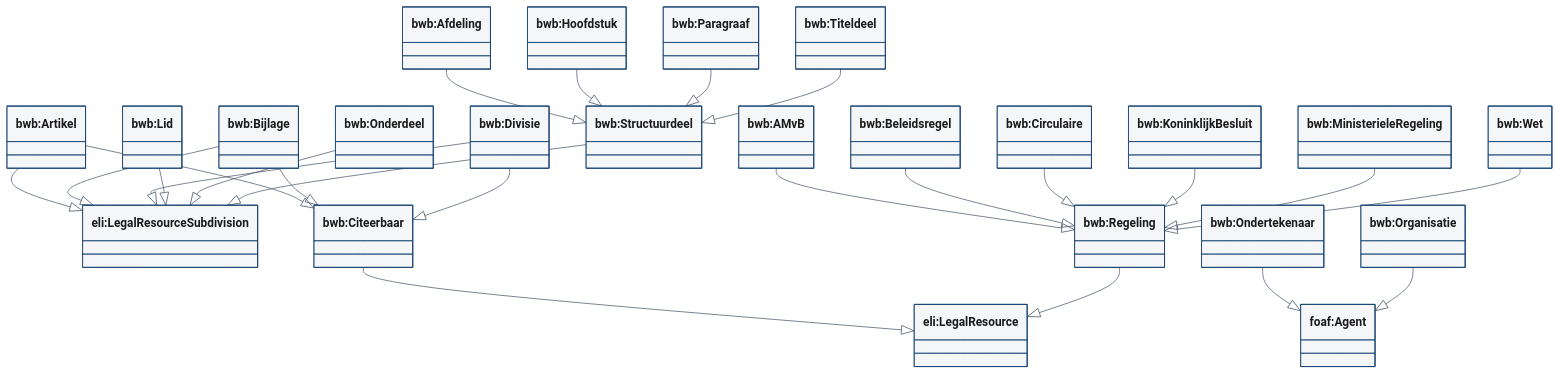
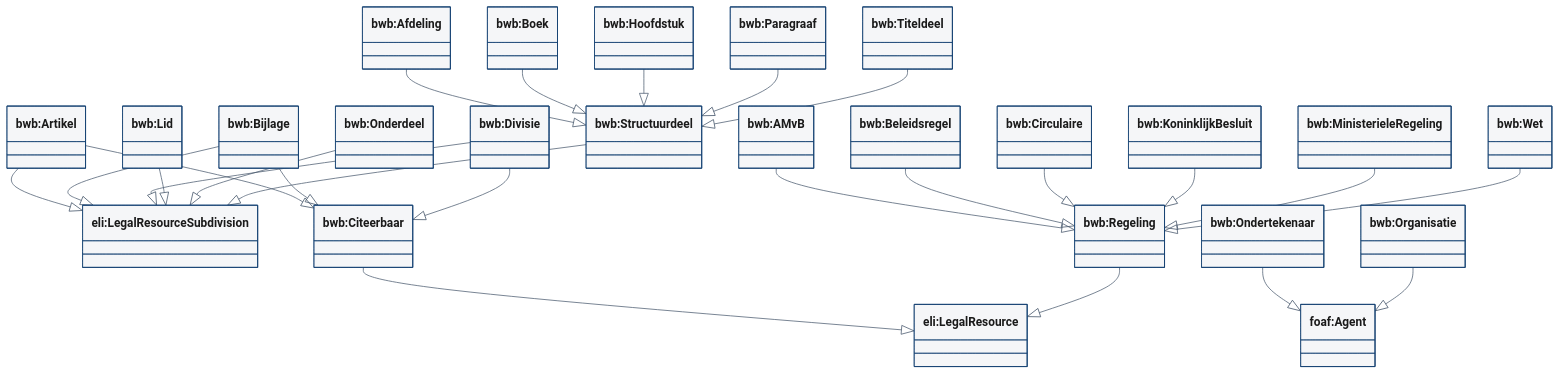
The second of 6 diagrams in docs/ontologie/README.md (palmw01/wetsanalyse-ai), drawn with Mermaid before and after one commit. The commit also changed other lines of this file and 4 other files, not shown here.

Commit message:
Ontologie bwb 1.1.0: Boek en structuurdelen zonder nummer, documentatie opnieuw gegenereerd

````diff
--- a/docs/ontologie/README.md
+++ b/docs/ontologie/README.md
@@ -68,51 +68,53 @@
 ```mermaid
 %%{init: {"theme": "base", "themeVariables": {"primaryColor": "#F5F6F8", "primaryBorderColor": "#154273", "primaryTextColor": "#1A1A1A", "lineColor": "#4A5A6E", "secondaryColor": "#EDF0F4", "tertiaryColor": "#FFFFFF"}}}%%
 classDiagram
   direction BT
   class eli_LegalResource["eli:LegalResource"]
   class eli_LegalResourceSubdivision["eli:LegalResourceSubdivision"]
   class foaf_Agent["foaf:Agent"]
   class bwb_AMvB["bwb:AMvB"]
   class bwb_Afdeling["bwb:Afdeling"]
   class bwb_Artikel["bwb:Artikel"]
   class bwb_Beleidsregel["bwb:Beleidsregel"]
   class bwb_Bijlage["bwb:Bijlage"]
+  class bwb_Boek["bwb:Boek"]
   class bwb_Circulaire["bwb:Circulaire"]
   class bwb_Citeerbaar["bwb:Citeerbaar"]
   class bwb_Divisie["bwb:Divisie"]
   class bwb_Hoofdstuk["bwb:Hoofdstuk"]
   class bwb_KoninklijkBesluit["bwb:KoninklijkBesluit"]
   class bwb_Lid["bwb:Lid"]
   class bwb_MinisterieleRegeling["bwb:MinisterieleRegeling"]
   class bwb_Onderdeel["bwb:Onderdeel"]
   class bwb_Ondertekenaar["bwb:Ondertekenaar"]
   class bwb_Organisatie["bwb:Organisatie"]
   class bwb_Paragraaf["bwb:Paragraaf"]
   class bwb_Regeling["bwb:Regeling"]
   class bwb_Structuurdeel["bwb:Structuurdeel"]
   class bwb_Titeldeel["bwb:Titeldeel"]
   class bwb_Wet["bwb:Wet"]
   bwb_Regeling <|-- bwb_AMvB
   bwb_Structuurdeel <|-- bwb_Afdeling
   eli_LegalResourceSubdivision <|-- bwb_Artikel
   bwb_Citeerbaar <|-- bwb_Artikel
   bwb_Regeling <|-- bwb_Beleidsregel
   eli_LegalResourceSubdivision <|-- bwb_Bijlage
   bwb_Citeerbaar <|-- bwb_Bijlage
+  bwb_Structuurdeel <|-- bwb_Boek
   bwb_Regeling <|-- bwb_Circulaire
   eli_LegalResource <|-- bwb_Citeerbaar
   eli_LegalResourceSubdivision <|-- bwb_Divisie
   bwb_Citeerbaar <|-- bwb_Divisie
   bwb_Structuurdeel <|-- bwb_Hoofdstuk
   bwb_Regeling <|-- bwb_KoninklijkBesluit
   eli_LegalResourceSubdivision <|-- bwb_Lid
   bwb_Regeling <|-- bwb_MinisterieleRegeling
   eli_LegalResourceSubdivision <|-- bwb_Onderdeel
   foaf_Agent <|-- bwb_Ondertekenaar
   foaf_Agent <|-- bwb_Organisatie
   bwb_Structuurdeel <|-- bwb_Paragraaf
   eli_LegalResource <|-- bwb_Regeling
   eli_LegalResourceSubdivision <|-- bwb_Structuurdeel
   bwb_Structuurdeel <|-- bwb_Titeldeel
   bwb_Regeling <|-- bwb_Wet
 ```
````
